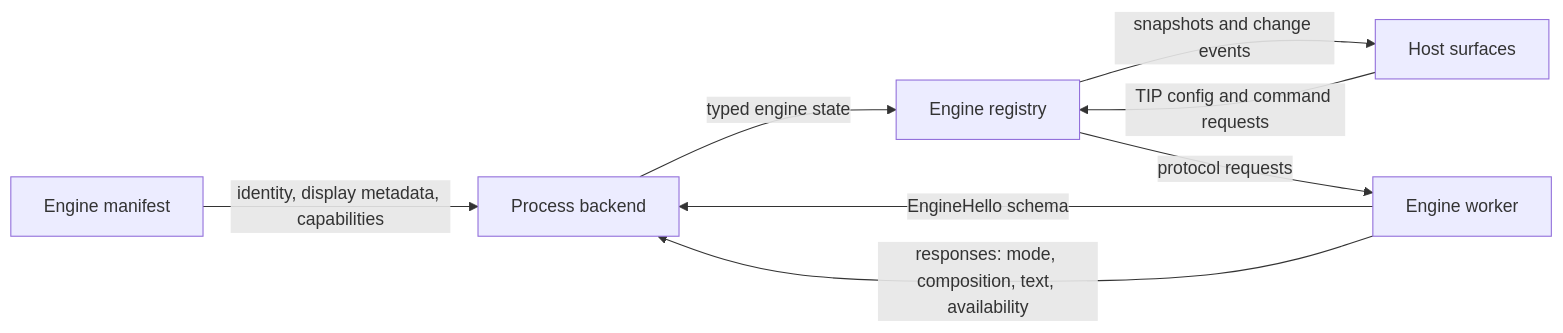
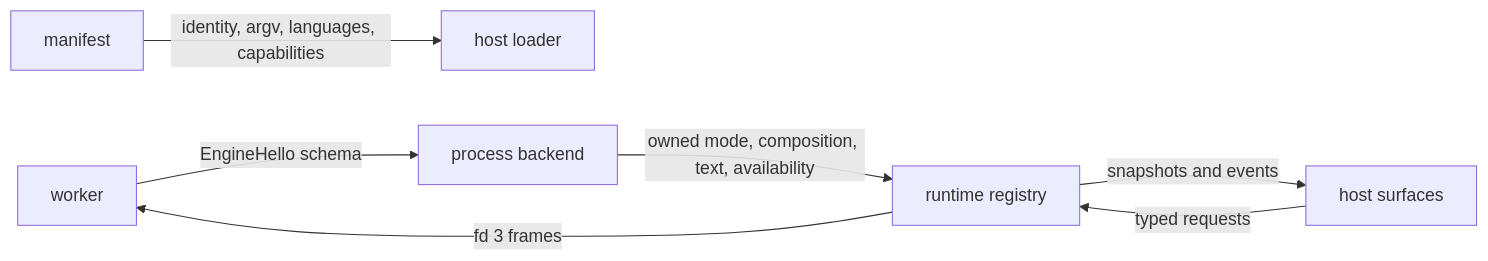
The diagram in crates/typio-core/docs/explanation/engine-host-resource-flow.md (typio-ime/typio), drawn with Mermaid before and after one commit. The commit also changed other lines of this file and 211 other files, not shown here.

First line of the commit message:
feat: make engine protocol the sole runtime boundary

````diff
--- a/crates/typio-core/docs/explanation/engine-host-resource-flow.md
+++ b/crates/typio-core/docs/explanation/engine-host-resource-flow.md
@@ -12,16 +6,9 @@
 ```mermaid
 flowchart LR
-    M[Engine manifest]
-    W[Engine worker]
-    B[Process backend]
-    R[Engine registry]
-    H[Host surfaces]
-
-    M -->|identity, display metadata, capabilities| B
-    W -->|EngineHello schema| B
-    W -->|responses: mode, composition, text, availability| B
-    B -->|typed engine state| R
-    R -->|snapshots and change events| H
-    H -->|TIP config and command requests| R
-    R -->|protocol requests| W
+    M[manifest] -->|identity, argv, languages, capabilities| L[host loader]
+    W[worker] -->|EngineHello schema| B[process backend]
+    B -->|owned mode, composition, text, availability| R[runtime registry]
+    R -->|snapshots and events| H[host surfaces]
+    H -->|typed requests| R
+    R -->|fd 3 frames| W
 ```
````
